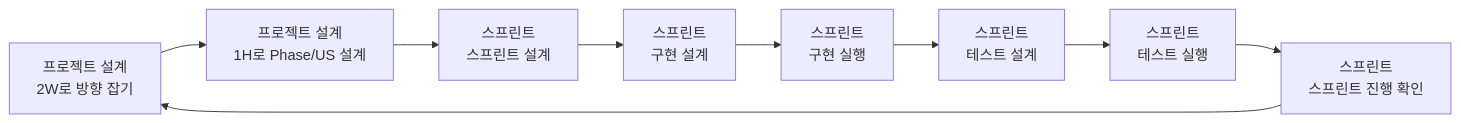
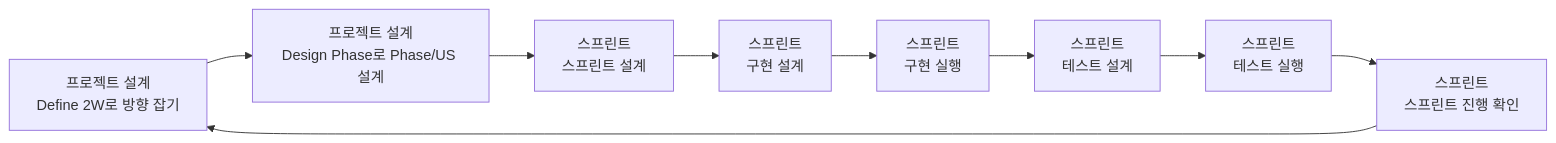
Before and after one commit to JuJin1324/problem-solving-skills: the diagram in .codex/skills/define-2w/references/philosophy.md, drawn with Mermaid. The commit also changed other lines of this file and 29 other files, not shown here.

````diff
--- a/.codex/skills/define-2w/references/philosophy.md
+++ b/.codex/skills/define-2w/references/philosophy.md
@@ -4,11 +4,11 @@
 ```mermaid
 flowchart LR
-  A[프로젝트 설계<br/>2W로 방향 잡기] --> B[프로젝트 설계<br/>1H로 Phase/US 설계]
+  A[프로젝트 설계<br/>Define 2W로 방향 잡기] --> B[프로젝트 설계<br/>Design Phase로 Phase/US 설계]
   B --> C
   C[스프린트<br/>스프린트 설계] --> D[스프린트<br/>구현 설계]
   D --> E[스프린트<br/>구현 실행]
   E --> F[스프린트<br/>테스트 설계]
   F --> G[스프린트<br/>테스트 실행]
   G --> H[스프린트<br/>스프린트 진행 확인]
   H --> A
 ```
````
